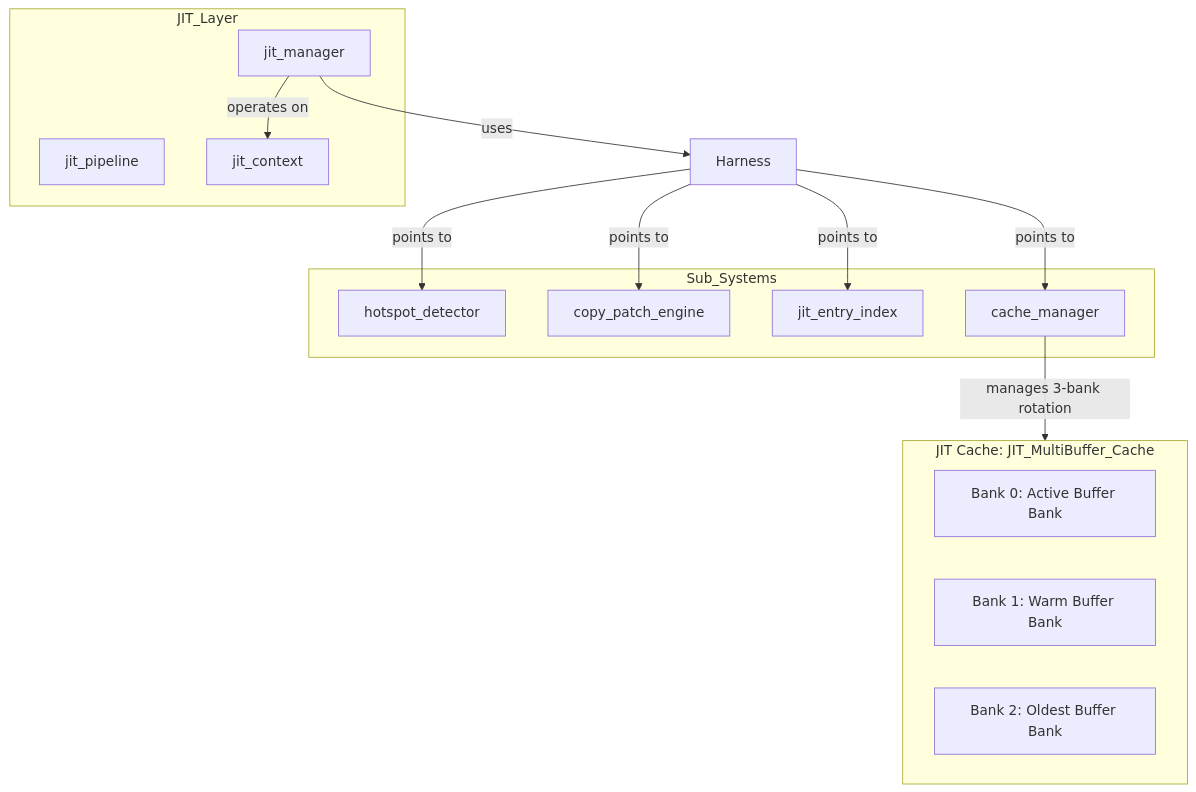
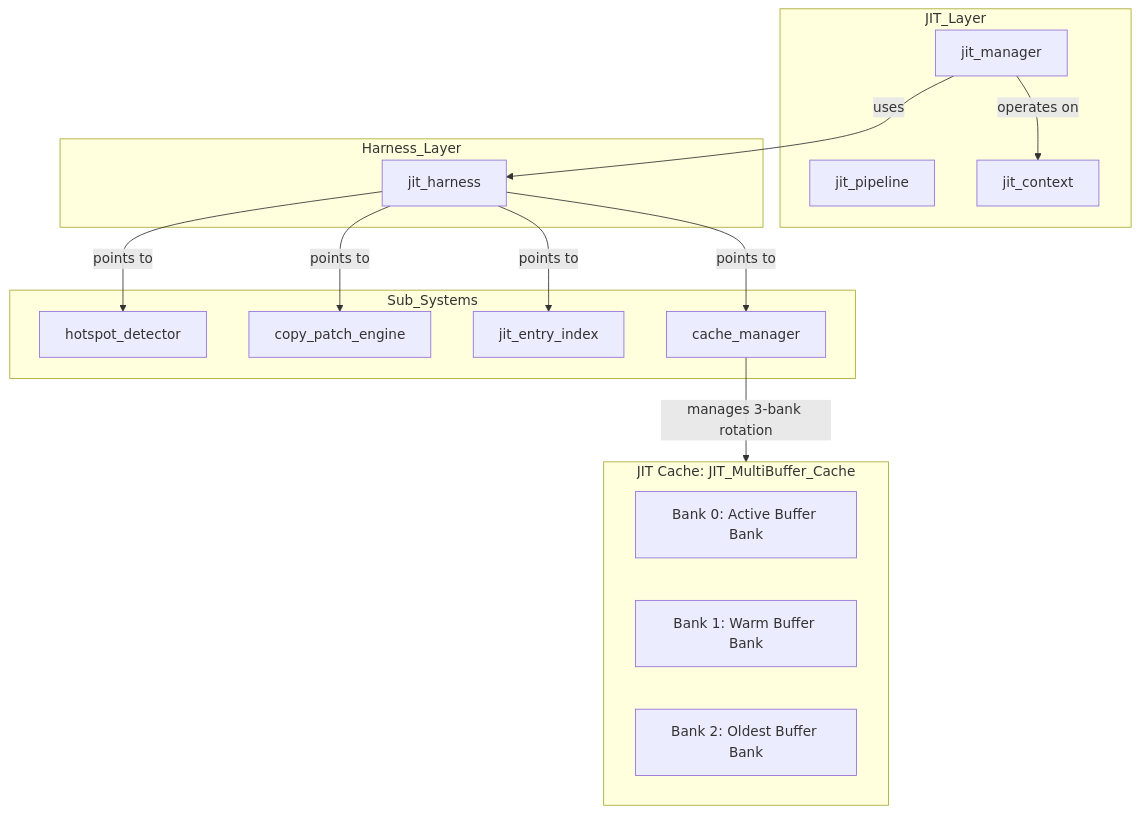
Before and after one commit to kmt-t/fireball: the first of 3 diagrams in docs/components/tier3_jit/jit_compiler.md, drawn with Mermaid. The commit also changed other lines of this file and 24 other files, not shown here.

````diff
--- a/docs/components/tier3_jit/jit_compiler.md
+++ b/docs/components/tier3_jit/jit_compiler.md
@@ -28,29 +28,33 @@
 ```mermaid
 graph TD
     subgraph JIT_Layer
         Pipeline[jit_pipeline]
         Manager[jit_manager]
         Context[jit_context]
     end
 
     subgraph Sub_Systems
         Detector[hotspot_detector]
         Engine[copy_patch_engine]
         Index[jit_entry_index]
         Cache[cache_manager]
     end
 
     subgraph Memory_Buffers ["JIT Cache: JIT_MultiBuffer_Cache"]
         ActiveBuffer["Bank 0: Active Buffer Bank"]
         WarmBuffer["Bank 1: Warm Buffer Bank"]
         OldBuffer["Bank 2: Oldest Buffer Bank"]
     end
 
+    subgraph Harness_Layer
+        Harness[jit_harness]
+    end
+
     Manager -- uses --> Harness
     Harness -- points to --> Detector
     Harness -- points to --> Engine
     Harness -- points to --> Index
     Harness -- points to --> Cache
     Cache -- manages 3-bank rotation --> Memory_Buffers
     Manager -- operates on --> Context
 ```
````
